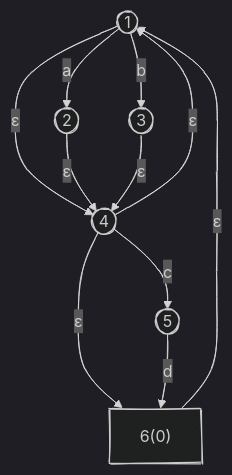
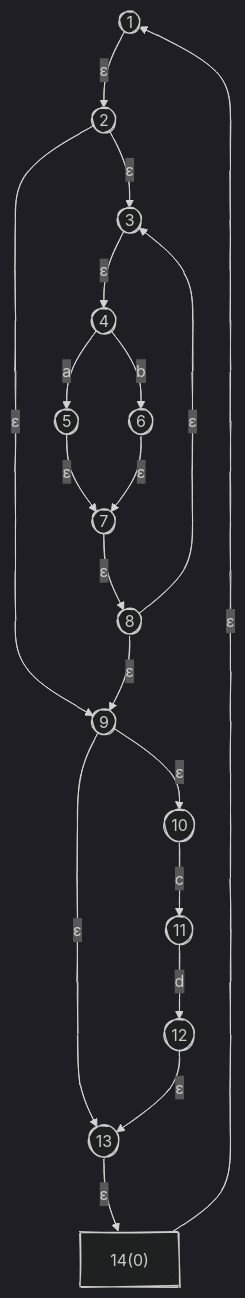
The diagram in src/lib/tests/__snapshot__/nfa_simple_regex.md (moonbitlang/moonlex-old), drawn with Mermaid (dark theme) before and after one commit. The commit also changed 14 other files, not shown here.

````diff
--- a/src/lib/tests/__snapshot__/nfa_simple_regex.md
+++ b/src/lib/tests/__snapshot__/nfa_simple_regex.md
@@ -1,23 +1,39 @@
 ```mermaid
 ---
   config:
     look: handDrawn
 ---
 graph TD
-1-->|"a"|2
-1-->|"b"|3
-1-->|"ε"|4
-2-->|"ε"|4
+1-->|"ε"|2
+2-->|"ε"|3
+2-->|"ε"|9
 3-->|"ε"|4
-4-->|"ε"|1
-4-->|"ε"|6
-4-->|"c"|5
-5-->|"d"|6
-6-->|"ε"|1
+4-->|"a"|5
+4-->|"b"|6
+5-->|"ε"|7
+6-->|"ε"|7
+7-->|"ε"|8
+8-->|"ε"|3
+8-->|"ε"|9
+9-->|"ε"|10
+9-->|"ε"|13
+10-->|"c"|11
+11-->|"d"|12
+12-->|"ε"|13
+13-->|"ε"|14
+14-->|"ε"|1
 1((1))
 2((2))
 3((3))
 4((4))
 5((5))
-6["6(0)"]
+6((6))
+7((7))
+8((8))
+9((9))
+10((10))
+11((11))
+12((12))
+13((13))
+14["14(0)"]
 ```
````
